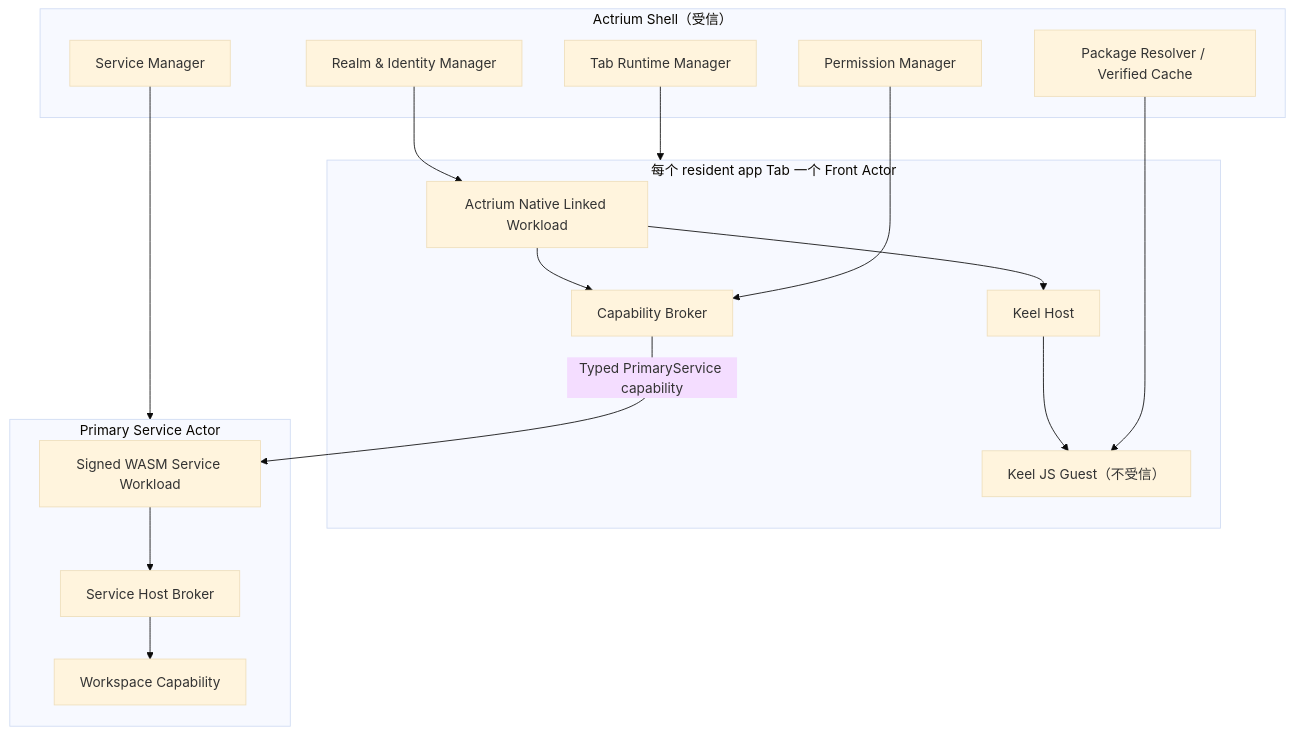
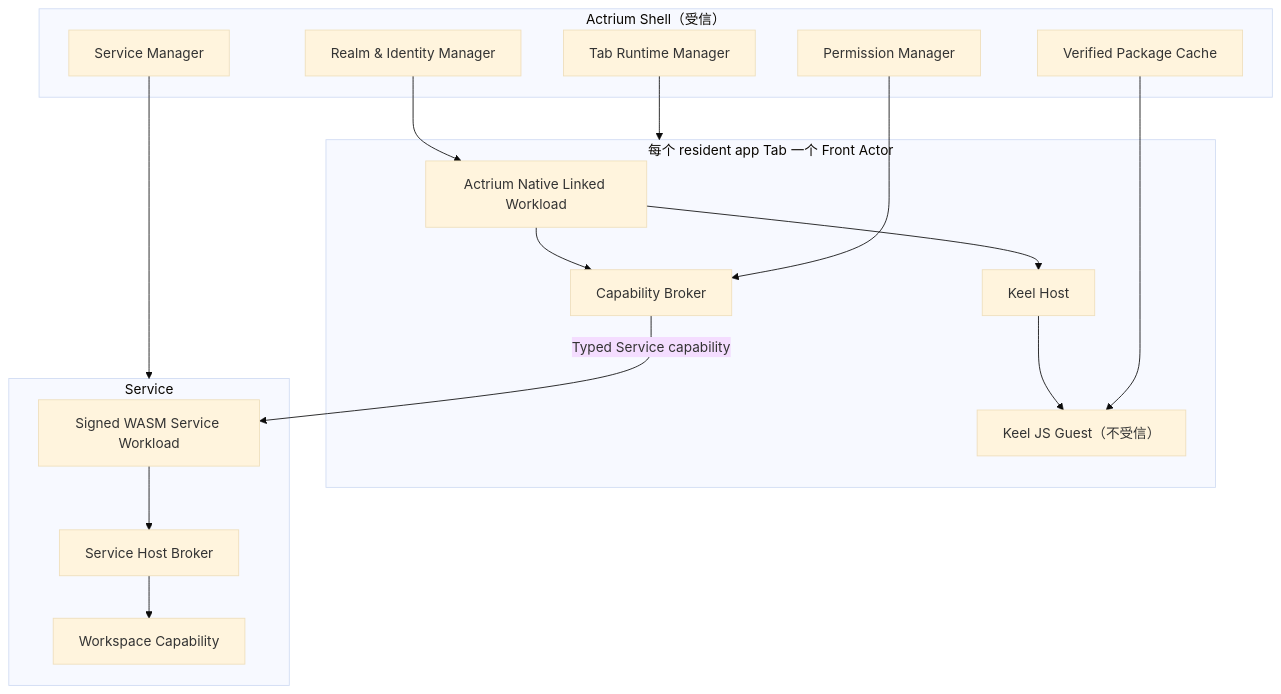
The diagram in docs/product/actrium-v1/06-runtime-and-protocol.zh.md (Actrium/actrium), drawn with Mermaid (base theme) before and after one commit. The commit also changed other lines of this file and 895 other files, not shown here.

````diff
--- a/docs/product/actrium-v1/06-runtime-and-protocol.zh.md
+++ b/docs/product/actrium-v1/06-runtime-and-protocol.zh.md
@@ -5,35 +5,35 @@
 ```mermaid
 flowchart TB
     subgraph Shell["Actrium Shell（受信）"]
         TRM["Tab Runtime Manager"]
-        PR["Package Resolver / Verified Cache"]
+        PR["Verified Package Cache"]
         PM["Permission Manager"]
         RM["Realm & Identity Manager"]
         SM["Service Manager"]
     end
 
     subgraph Front["每个 resident app Tab 一个 Front Actor"]
         NW["Actrium Native Linked Workload"]
         RH["Keel Host"]
         CB["Capability Broker"]
         RG["Keel JS Guest（不受信）"]
         NW --> RH
         RH --> RG
         NW --> CB
     end
 
-    subgraph Service["Primary Service Actor"]
+    subgraph Service["Service"]
         SW["Signed WASM Service Workload"]
         SB["Service Host Broker"]
         WS["Workspace Capability"]
         SW --> SB
         SB --> WS
     end
 
     TRM --> Front
     PR --> RG
     PM --> CB
     RM --> NW
     SM --> Service
-    CB -->|"Typed PrimaryService capability"| SW
+    CB -->|"Typed Service capability"| SW
 ```
````
